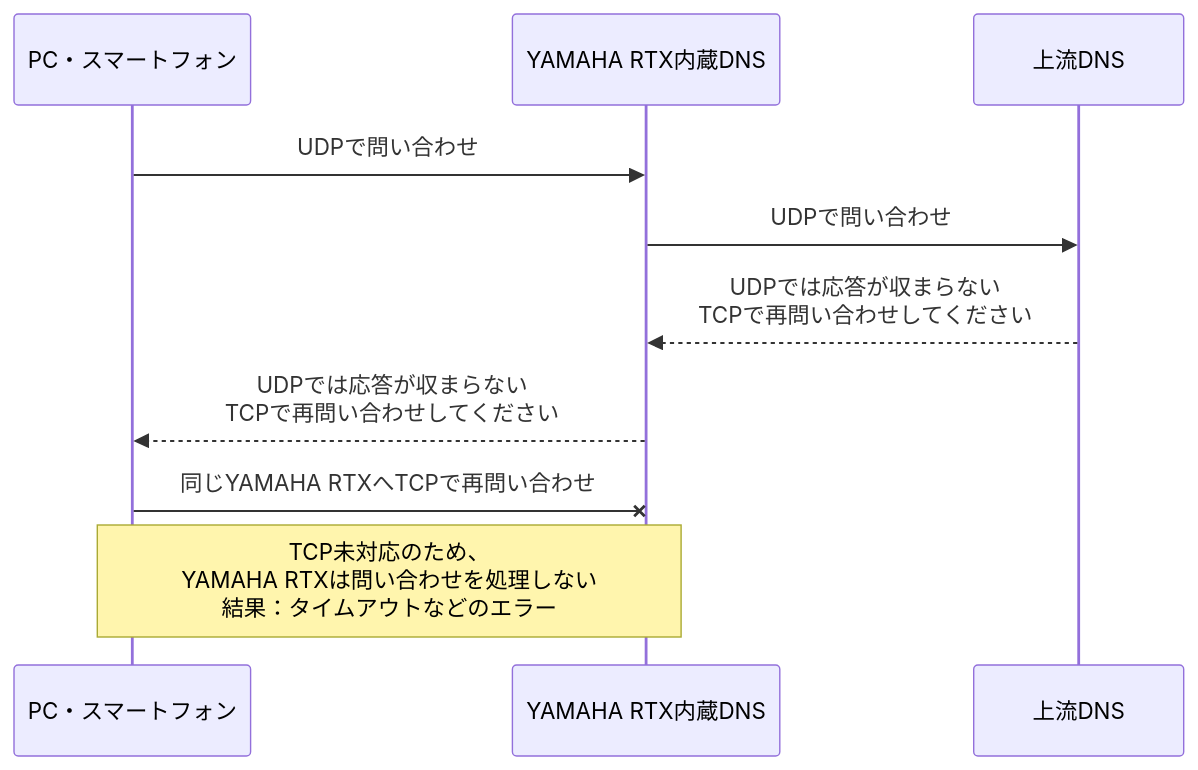
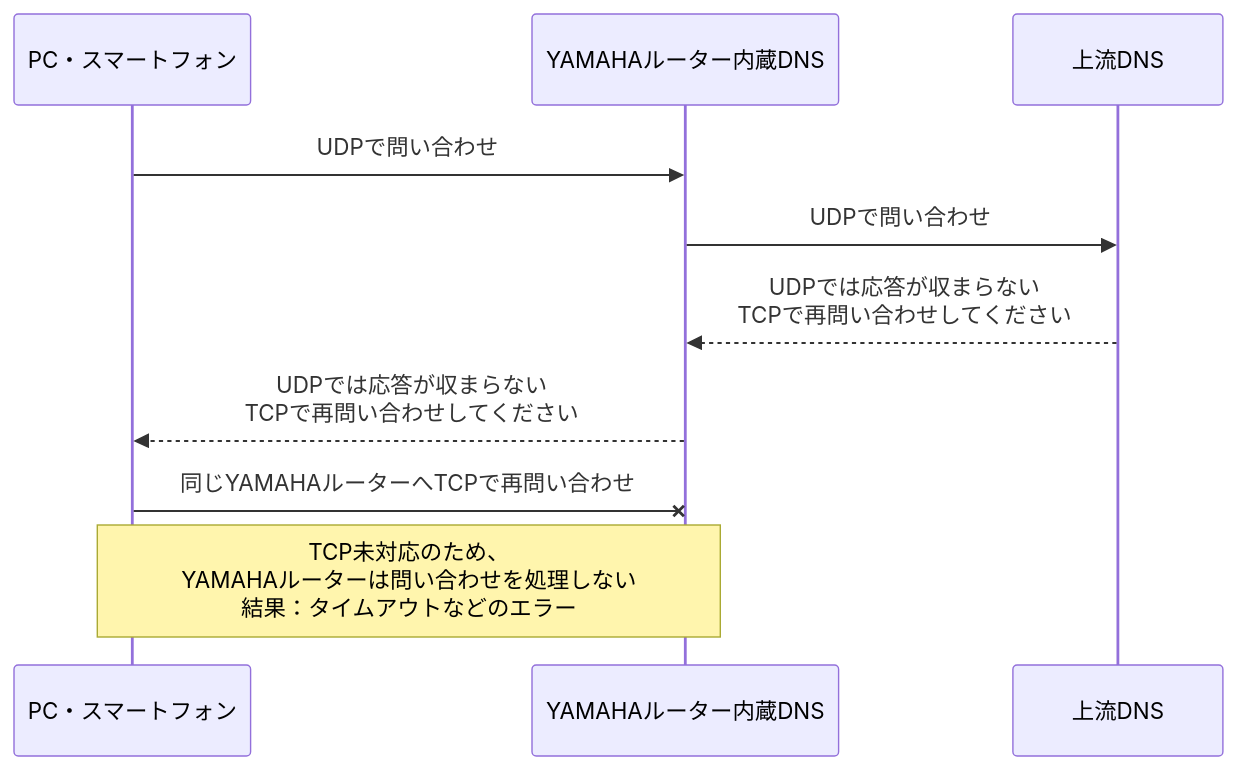
Before and after one commit to Yamar50/rtx-dns-tcp-lua: the second of 2 diagrams in README.md, drawn with Mermaid. The commit also changed other lines of this file and 17 other files, not shown here.

````diff
--- a/README.md
+++ b/README.md
@@ -45,12 +118,12 @@
 ```mermaid
 sequenceDiagram
     participant Client as PC・スマートフォン
-    participant Native as YAMAHA RTX内蔵DNS
+    participant Native as YAMAHAルーター内蔵DNS
     participant Upstream as 上流DNS
     Client->>Native: UDPで問い合わせ
     Native->>Upstream: UDPで問い合わせ
     Upstream-->>Native: UDPでは応答が収まらない<br/>TCPで再問い合わせしてください
     Native-->>Client: UDPでは応答が収まらない<br/>TCPで再問い合わせしてください
-    Client-xNative: 同じYAMAHA RTXへTCPで再問い合わせ
-    Note over Client,Native: TCP未対応のため、<br/>YAMAHA RTXは問い合わせを処理しない<br/>結果：タイムアウトなどのエラー
+    Client-xNative: 同じYAMAHAルーターへTCPで再問い合わせ
+    Note over Client,Native: TCP未対応のため、<br/>YAMAHAルーターは問い合わせを処理しない<br/>結果：タイムアウトなどのエラー
 ```
````
